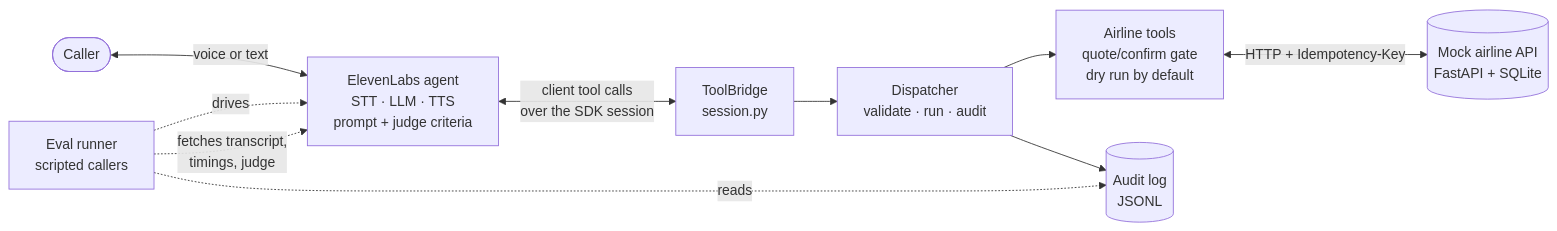
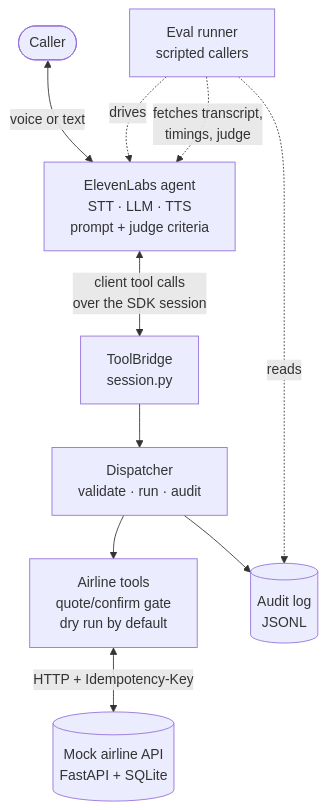
One commit to Melmonster13/whiskersync changed the first of 2 diagrams in docs/solution-design.md. Above: the diagram before and after it, drawn with Mermaid.

Commit message:
Lay out the architecture diagram top to bottom

````diff
--- a/docs/solution-design.md
+++ b/docs/solution-design.md
@@ -7,12 +7,12 @@
 ```mermaid
-flowchart LR
+flowchart TB
     caller([Caller]) <-->|voice or text| agent[ElevenLabs agent<br/>STT · LLM · TTS<br/>prompt + judge criteria]
     agent <-->|client tool calls<br/>over the SDK session| bridge[ToolBridge<br/>session.py]
     bridge --> dispatch[Dispatcher<br/>validate · run · audit]
     dispatch --> tools[Airline tools<br/>quote/confirm gate<br/>dry run by default]
     tools <-->|HTTP + Idempotency-Key| airline[(Mock airline API<br/>FastAPI + SQLite)]
     dispatch --> audit[(Audit log<br/>JSONL)]
     evals[Eval runner<br/>scripted callers] -.->|drives| agent
     evals -.->|reads| audit
     evals -.->|fetches transcript,<br/>timings, judge| agent
 ```
````
